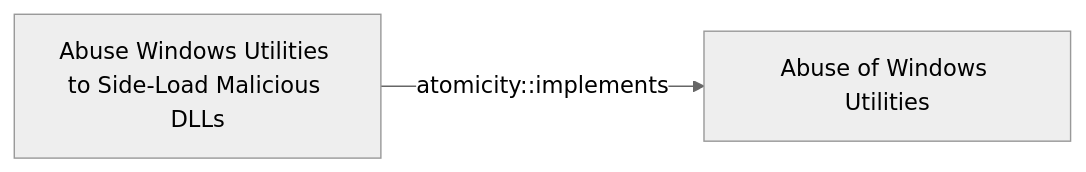
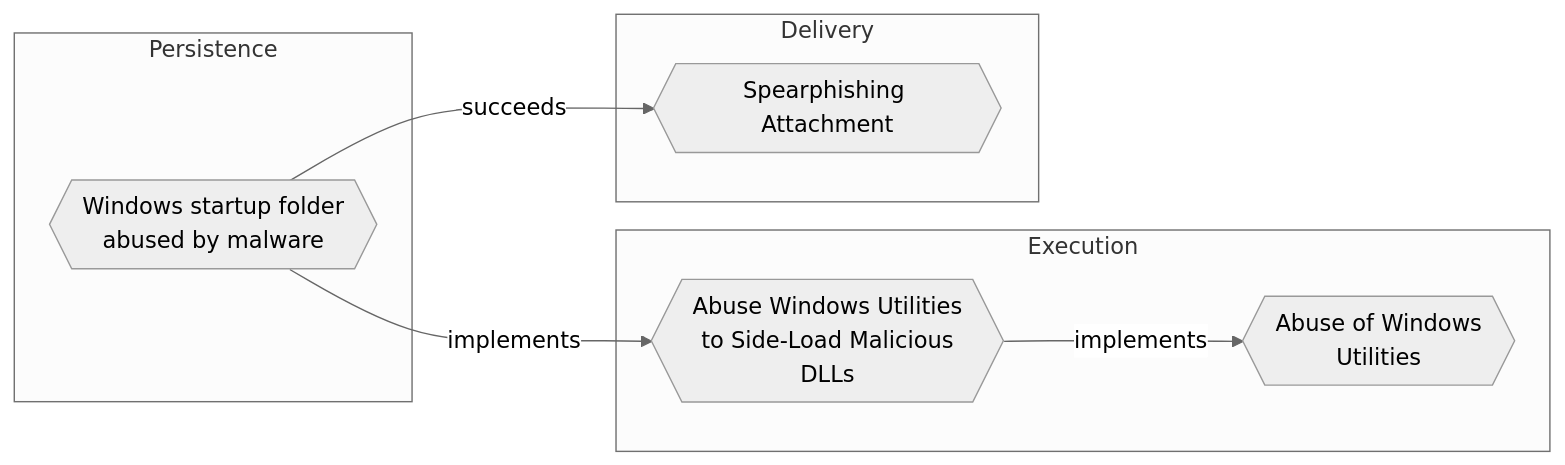
The diagram in docs/threats/abuse-windows-utilities-to-side-load-malicious-dlls.md (opentidehq/library), drawn with Mermaid (neutral theme) before and after one commit. The commit also changed other lines of this file and 540 other files, not shown here.

````diff
--- a/docs/threats/abuse-windows-utilities-to-side-load-malicious-dlls.md
+++ b/docs/threats/abuse-windows-utilities-to-side-load-malicious-dlls.md
@@ -127,6 +134,16 @@
 ```mermaid
 flowchart LR
-86f62c3a_6556_4a64_a9f5_a79168ad42d9["Abuse Windows Utilities to Side-Load Malicious DLLs"]
-d5039f2c_9fcc_4ba3_ad6a_da8c891ba745["Abuse of Windows Utilities"]
-86f62c3a_6556_4a64_a9f5_a79168ad42d9 -->|atomicity::implements| d5039f2c_9fcc_4ba3_ad6a_da8c891ba745
+subgraph "Execution"
+86f62c3a_6556_4a64_a9f5_a79168ad42d9{{"Abuse Windows Utilities<br>to Side-Load Malicious<br>DLLs"}}
+d5039f2c_9fcc_4ba3_ad6a_da8c891ba745{{"Abuse of Windows<br>Utilities"}}
+end
+subgraph "Persistence"
+cce22952_735a_4255_8319_e5e44aef9d85{{"Windows startup folder<br>abused by malware"}}
+end
+subgraph "Delivery"
+dd5d942c_bac4_4000_b9a6_ca4fef6cfb84{{"Spearphishing Attachment"}}
+end
+cce22952_735a_4255_8319_e5e44aef9d85 -->|implements| 86f62c3a_6556_4a64_a9f5_a79168ad42d9
+cce22952_735a_4255_8319_e5e44aef9d85 -->|succeeds| dd5d942c_bac4_4000_b9a6_ca4fef6cfb84
+86f62c3a_6556_4a64_a9f5_a79168ad42d9 -->|implements| d5039f2c_9fcc_4ba3_ad6a_da8c891ba745
 ```
````
